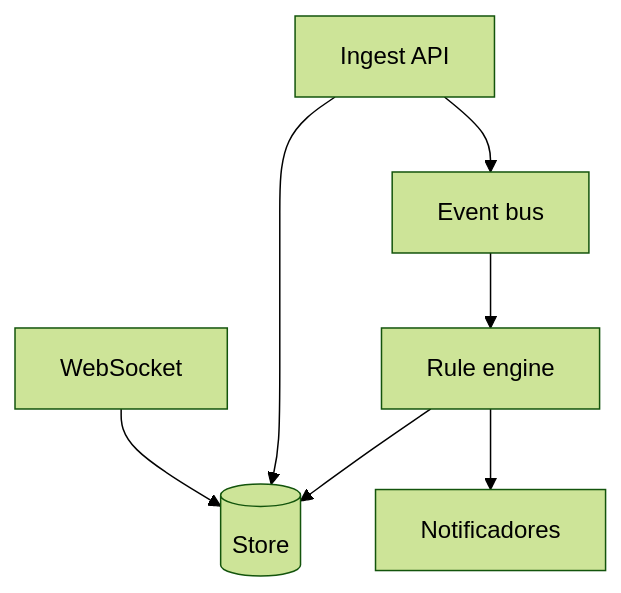
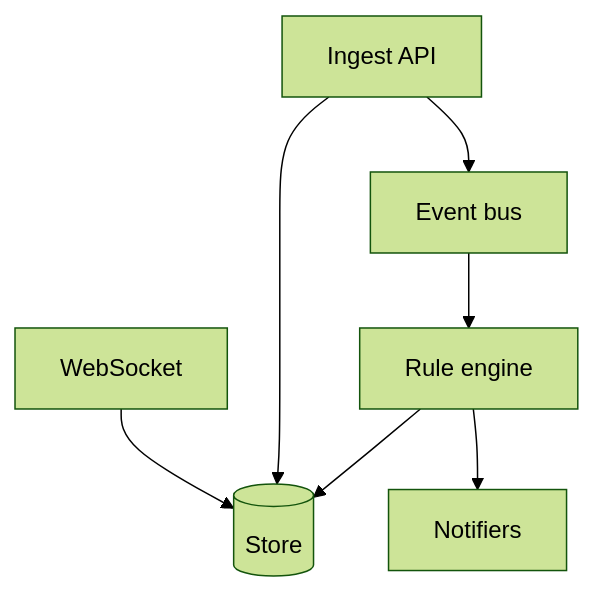
The second of 3 diagrams in docs/overview.md (HarryRaddatz/argus-observability), drawn with Mermaid (forest theme) before and after one commit. The commit also changed other lines of this file and 89 other files, not shown here.

````diff
--- a/docs/overview.md
+++ b/docs/overview.md
@@ -28,14 +28,14 @@
 ```mermaid
 flowchart TB
   Ingest[Ingest API]
   WS[WebSocket]
   Bus[Event bus]
   Rules[Rule engine]
   Store[(Store)]
   Ingest --> Store
   Ingest --> Bus
   Bus --> Rules
   Rules --> Store
-  Rules --> Notify[Notificadores]
+  Rules --> Notify[Notifiers]
   WS --> Store
 ```
````
